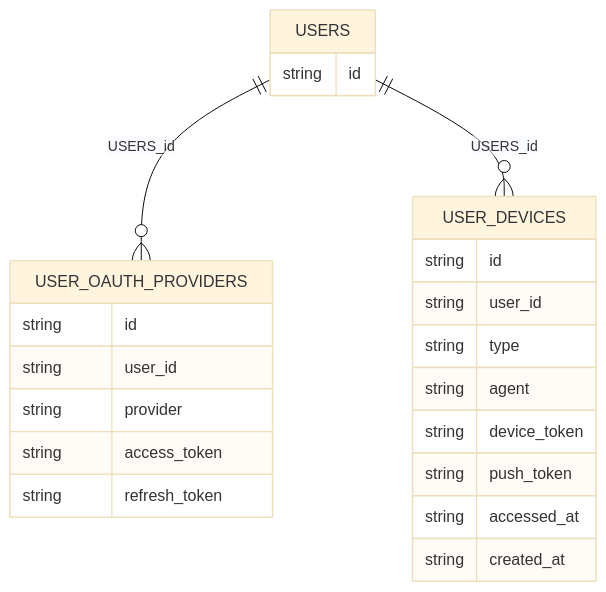
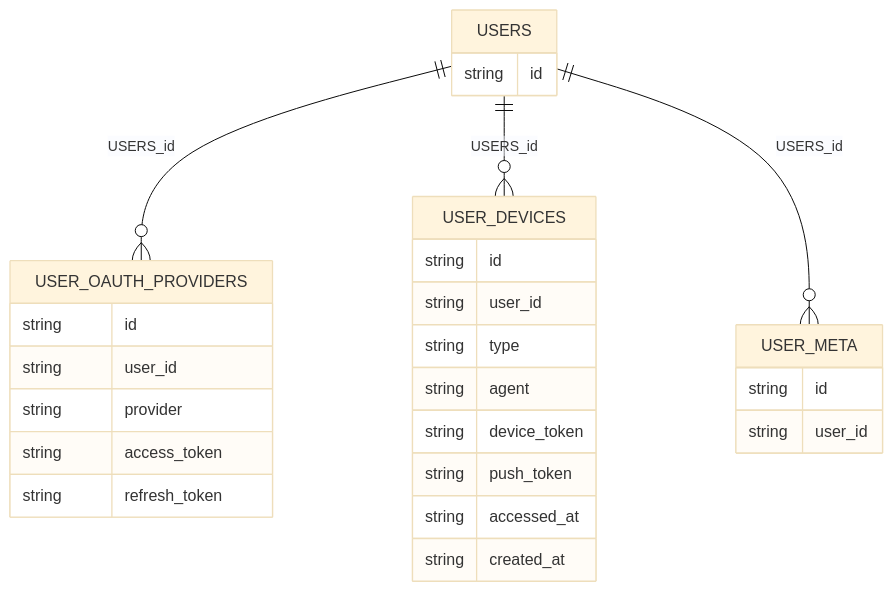
Before and after one commit to sundaytycoon/buttons-api: the first of 3 diagrams in UMLs.md, drawn with Mermaid (base theme). The commit also changed 42 other files, not shown here.

````diff
--- a/UMLs.md
+++ b/UMLs.md
@@ -3,25 +3,30 @@
 ```mermaid
 erDiagram
     USER_OAUTH_PROVIDERS {
         string id
         string user_id
         string provider
         string access_token
         string refresh_token
    }
     USERS ||--o{ USER_OAUTH_PROVIDERS : USERS_id
     USERS {
         string id
     }
     USERS ||--o{ USER_DEVICES : USERS_id
     USER_DEVICES {
         string id
         string user_id
         string type
         string agent
         string device_token
         string push_token
         string accessed_at
         string created_at
     }
+    USERS ||--o{ USER_META : USERS_id
+    USER_META {
+        string id
+        string user_id
+    }
 ```
````
